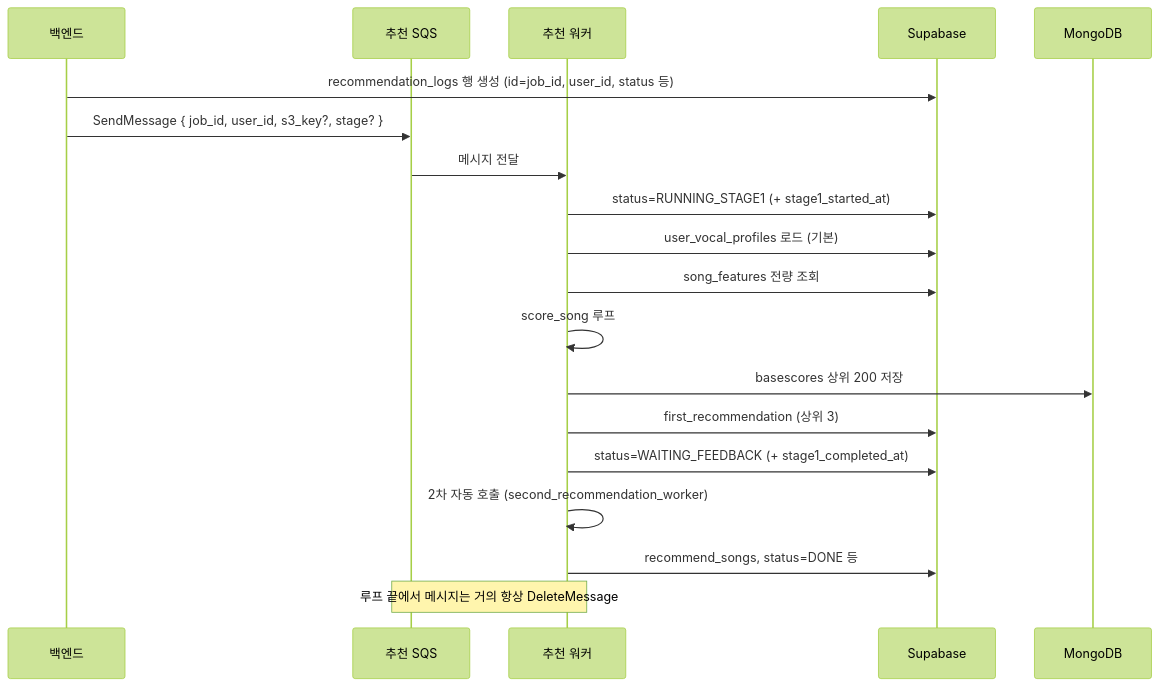
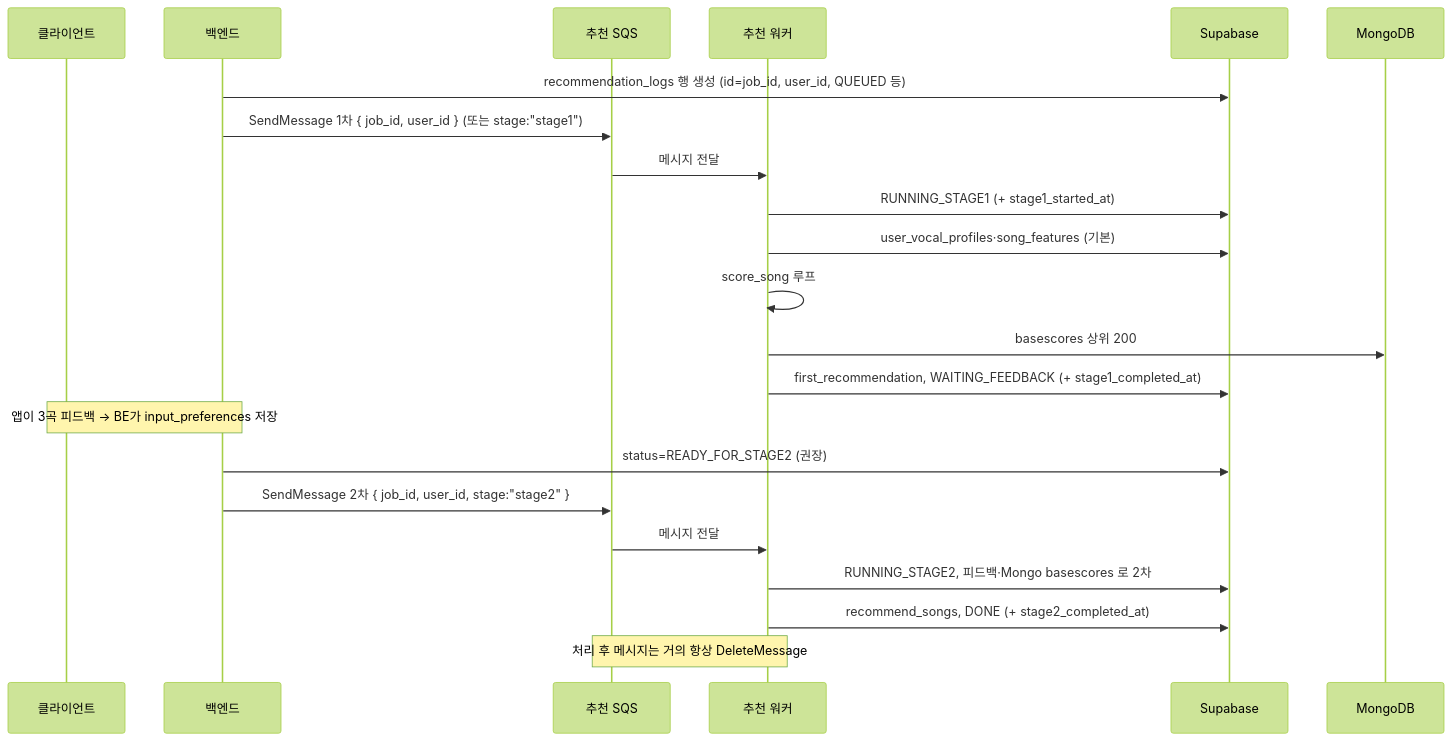
The second of 3 diagrams in ai/docs/BACKEND_ASYNC_PIPELINES.md (Ewha-Capstone-Design/SINGCHRONIZE), drawn with Mermaid (forest theme) before and after one commit. The commit also changed other lines of this file and 61 other files, not shown here.

````diff
--- a/ai/docs/BACKEND_ASYNC_PIPELINES.md
+++ b/ai/docs/BACKEND_ASYNC_PIPELINES.md
@@ -119,22 +128,25 @@
 ```mermaid
 sequenceDiagram
+  participant App as 클라이언트
   participant BE as 백엔드
   participant Qr as 추천 SQS
   participant Wr as 추천 워커
   participant SB as Supabase
   participant MG as MongoDB
 
-  BE->>SB: recommendation_logs 행 생성 (id=job_id, user_id, status 등)
-  BE->>Qr: SendMessage { job_id, user_id, s3_key?, stage? }
+  BE->>SB: recommendation_logs 행 생성 (id=job_id, user_id, QUEUED 등)
+  BE->>Qr: SendMessage 1차 { job_id, user_id } (또는 stage:"stage1")
   Qr->>Wr: 메시지 전달
-  Wr->>SB: status=RUNNING_STAGE1 (+ stage1_started_at)
-  Wr->>SB: user_vocal_profiles 로드 (기본)
-  Wr->>SB: song_features 전량 조회
+  Wr->>SB: RUNNING_STAGE1 (+ stage1_started_at)
+  Wr->>SB: user_vocal_profiles·song_features (기본)
   Wr->>Wr: score_song 루프
-  Wr->>MG: basescores 상위 200 저장
-  Wr->>SB: first_recommendation (상위 3)
-  Wr->>SB: status=WAITING_FEEDBACK (+ stage1_completed_at)
-  Wr->>Wr: 2차 자동 호출 (second_recommendation_worker)
-  Wr->>SB: recommend_songs, status=DONE 등
-  Note over Wr,Qr: 루프 끝에서 메시지는 거의 항상 DeleteMessage
+  Wr->>MG: basescores 상위 200
+  Wr->>SB: first_recommendation, WAITING_FEEDBACK (+ stage1_completed_at)
+  Note over BE,App: 앱이 3곡 피드백 → BE가 input_preferences 저장
+  BE->>SB: status=READY_FOR_STAGE2 (권장)
+  BE->>Qr: SendMessage 2차 { job_id, user_id, stage:"stage2" }
+  Qr->>Wr: 메시지 전달
+  Wr->>SB: RUNNING_STAGE2, 피드백·Mongo basescores 로 2차
+  Wr->>SB: recommend_songs, DONE (+ stage2_completed_at)
+  Note over Wr,Qr: 처리 후 메시지는 거의 항상 DeleteMessage
 ```
````
